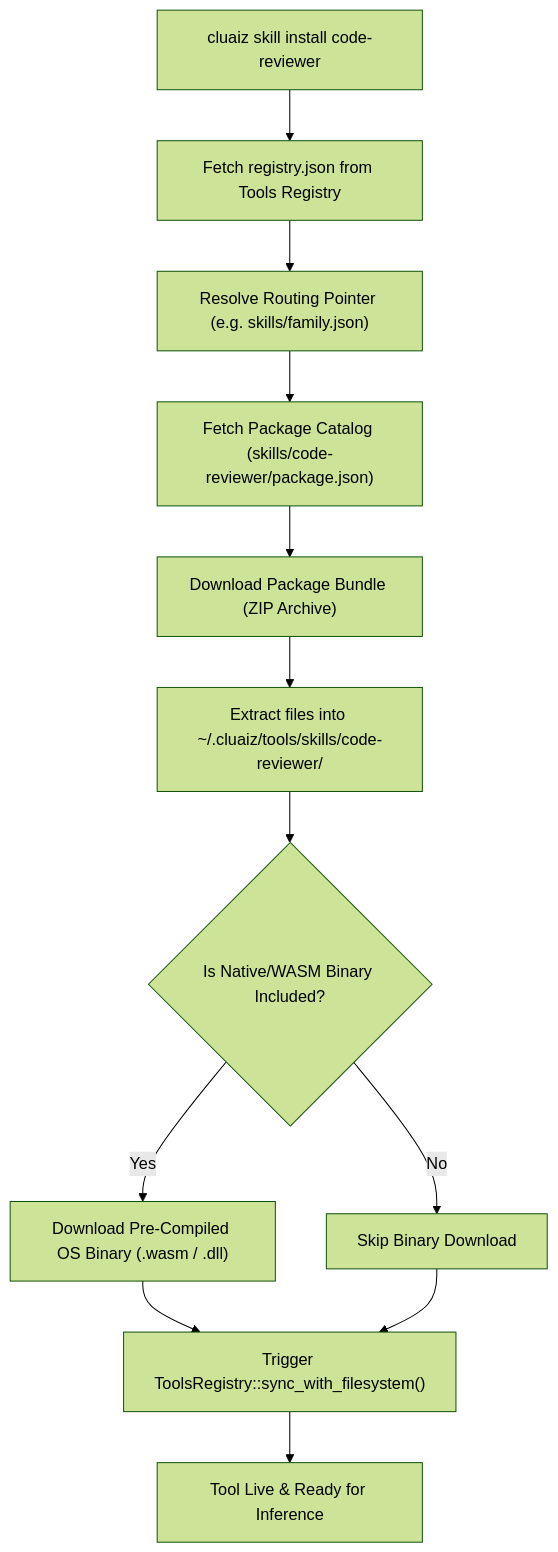
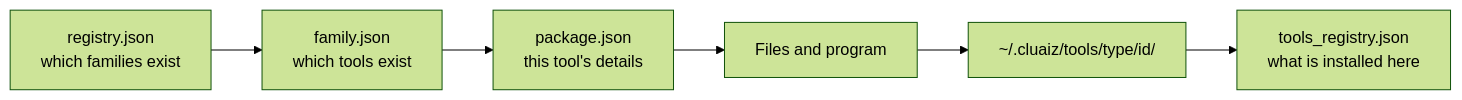
The diagram in docs/architecture/registry-and-discovery.md (cluaiz/cluaiz-tools), drawn with Mermaid (forest theme) before and after one commit. The commit also changed other lines of this file and 112 other files, not shown here.

````diff
--- a/docs/architecture/registry-and-discovery.md
+++ b/docs/architecture/registry-and-discovery.md
@@ -60,14 +7,8 @@
 ```mermaid
-flowchart TD
-    A["cluaiz skill install code-reviewer"] --> B["Fetch registry.json from Tools Registry"]
-    B --> C["Resolve Routing Pointer (e.g. skills/family.json)"]
-    C --> D["Fetch Package Catalog (skills/code-reviewer/package.json)"]
-    D --> E["Download Package Bundle (ZIP Archive)"]
-    E --> F["Extract files into ~/.cluaiz/tools/skills/code-reviewer/"]
-    F --> G{"Is Native/WASM Binary Included?"}
-    G -->|Yes| H["Download Pre-Compiled OS Binary (.wasm / .dll)"]
-    G -->|No| I["Skip Binary Download"]
-    H --> J["Trigger ToolsRegistry::sync_with_filesystem()"]
-    I --> J
-    J --> K["Tool Live & Ready for Inference"]
+flowchart LR
+    R["registry.json<br/>which families exist"] --> F["family.json<br/>which tools exist"]
+    F --> P["package.json<br/>this tool's details"]
+    P --> B["Files and program"]
+    B --> D["~/.cluaiz/tools/type/id/"]
+    D --> L["tools_registry.json<br/>what is installed here"]
 ```
````
